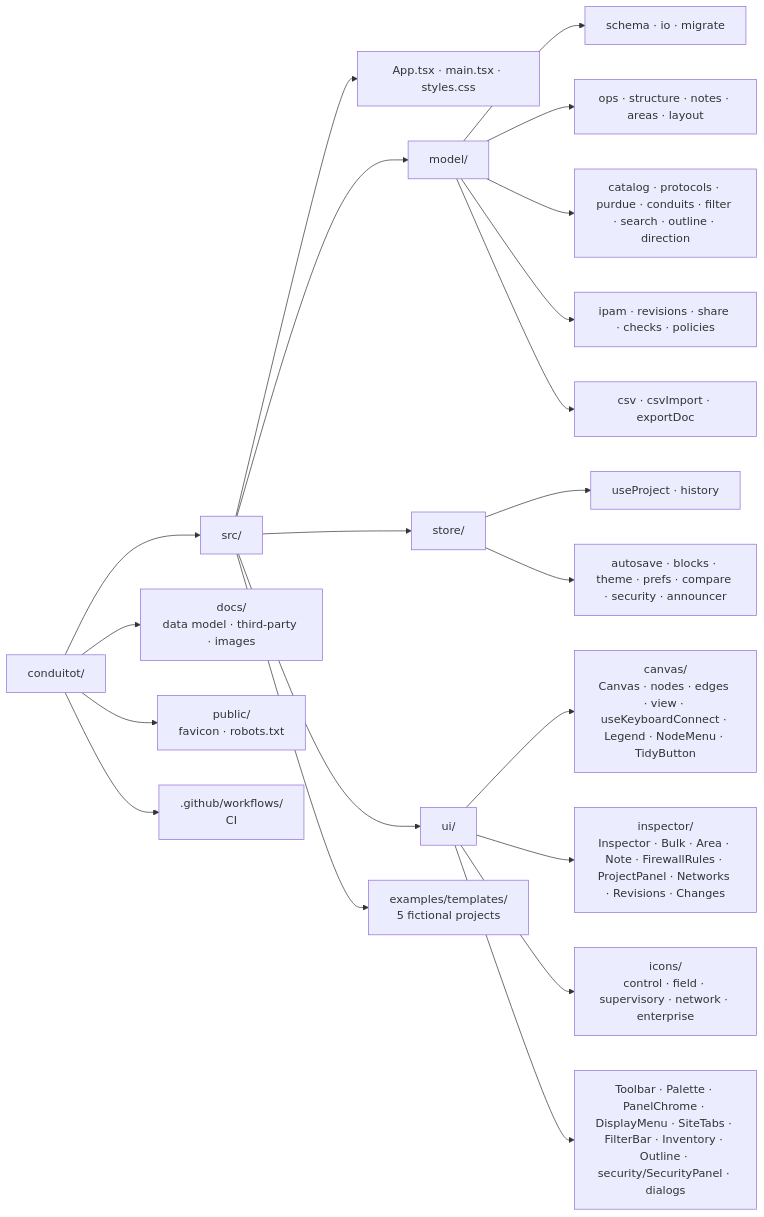
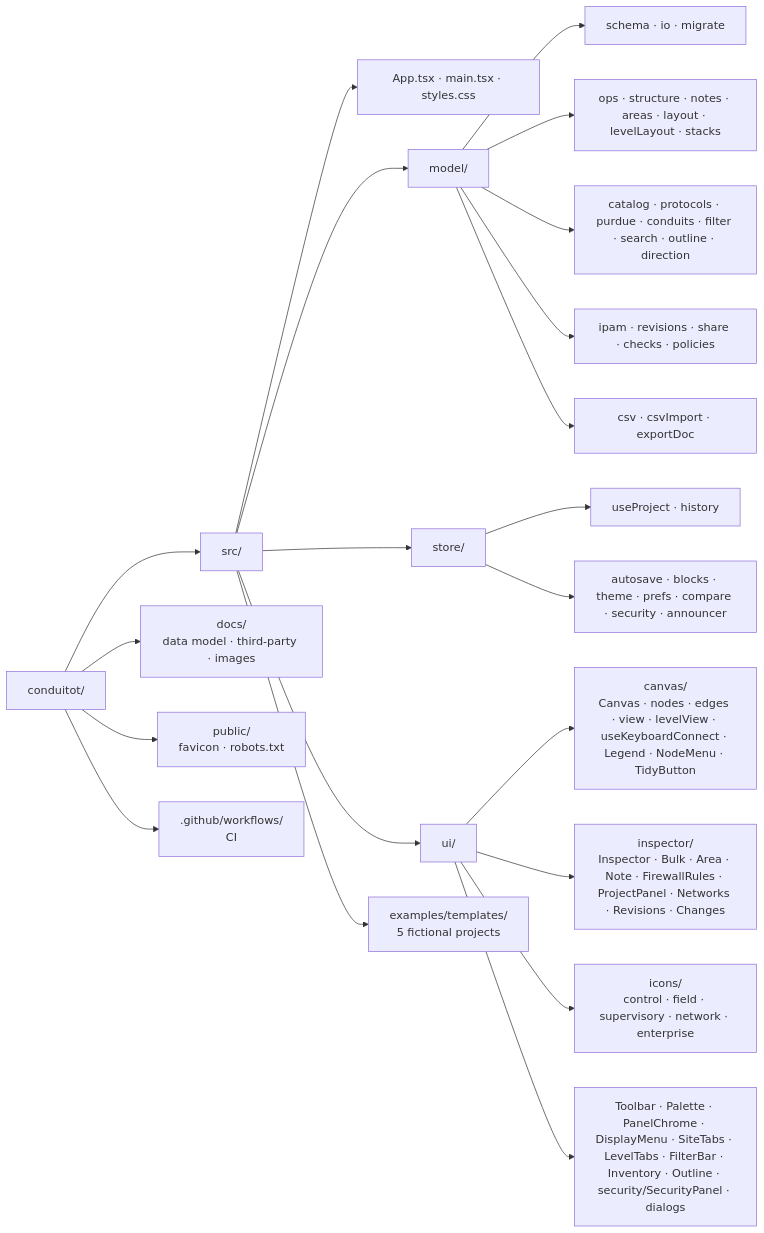
The tenth of 32 diagrams in README.md (vijaykumargowdakk/ReSecArc), drawn with Mermaid before and after one commit. The commit also changed other lines of this file and 6 other files, not shown here.

First line of the commit message:
Docs for M28: level tabs, stacks and format 6

````diff
--- a/README.md
+++ b/README.md
@@ -488,23 +494,23 @@
 ```mermaid
 flowchart LR
     R["conduitot/"] --> SRC["src/"]
     R --> DOCS["docs/<br/>data model · third-party · images"]
     R --> PUB["public/<br/>favicon · robots.txt"]
     R --> GH[".github/workflows/<br/>CI"]
     SRC --> APP["App.tsx · main.tsx · styles.css"]
     SRC --> MODEL["model/"]
     SRC --> STORE["store/"]
     SRC --> UI["ui/"]
     SRC --> EX["examples/templates/<br/>5 fictional projects"]
     MODEL --> MA["schema · io · migrate"]
-    MODEL --> MB["ops · structure · notes · areas · layout"]
+    MODEL --> MB["ops · structure · notes · areas · layout · levelLayout · stacks"]
     MODEL --> MC["catalog · protocols · purdue · conduits · filter · search · outline · direction"]
     MODEL --> MD["ipam · revisions · share · checks · policies"]
     MODEL --> ME["csv · csvImport · exportDoc"]
     STORE --> SA["useProject · history"]
     STORE --> SB["autosave · blocks · theme · prefs · compare · security · announcer"]
-    UI --> UA["canvas/<br/>Canvas · nodes · edges · view · useKeyboardConnect · Legend · NodeMenu · TidyButton"]
+    UI --> UA["canvas/<br/>Canvas · nodes · edges · view · levelView · useKeyboardConnect · Legend · NodeMenu · TidyButton"]
     UI --> UB["inspector/<br/>Inspector · Bulk · Area · Note · FirewallRules · ProjectPanel · Networks · Revisions · Changes"]
     UI --> UC["icons/<br/>control · field · supervisory · network · enterprise"]
-    UI --> UD["Toolbar · Palette · PanelChrome · DisplayMenu · SiteTabs · FilterBar · Inventory · Outline · security/SecurityPanel · dialogs"]
+    UI --> UD["Toolbar · Palette · PanelChrome · DisplayMenu · SiteTabs · LevelTabs · FilterBar · Inventory · Outline · security/SecurityPanel · dialogs"]
 ```
````
